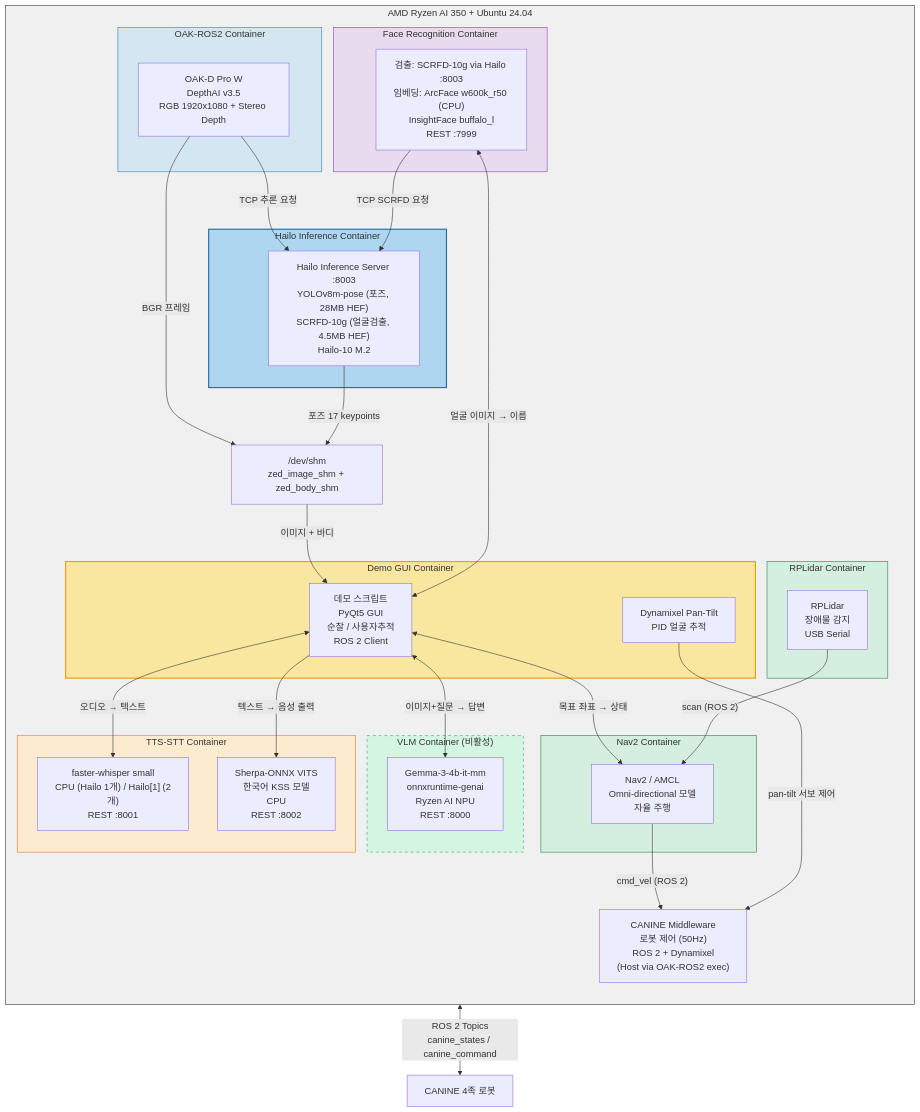
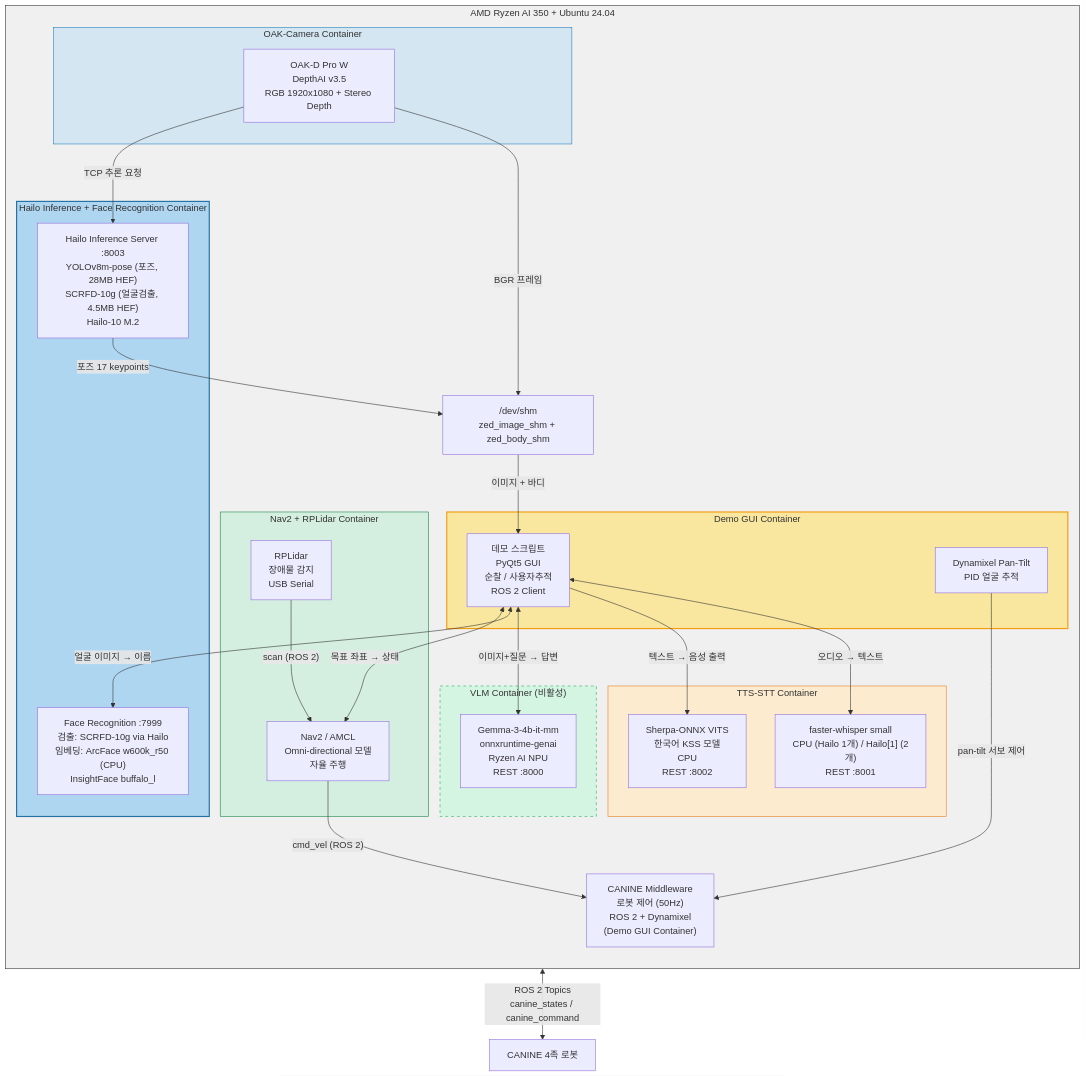
The diagram in README.md (ETRI-OAC/ETRI-OAC-DEMO), drawn with Mermaid before and after one commit. The commit also changed other lines of this file and 355 other files, not shown here.

````diff
--- a/README.md
+++ b/README.md
@@ -5,71 +5,62 @@
 ```mermaid
 graph TB
     subgraph HOST["AMD Ryzen AI 350 + Ubuntu 24.04"]
         direction TB
 
-        subgraph OAK["OAK-ROS2 Container"]
+        subgraph OAK["OAK-Camera Container"]
             CAM["OAK-D Pro W<br/>DepthAI v3.5<br/>RGB 1920x1080 + Stereo Depth"]
         end
 
         subgraph DEMO_C["Demo GUI Container"]
             DEMO["데모 스크립트<br/>PyQt5 GUI<br/>순찰 / 사용자추적<br/>ROS 2 Client"]
             PT["Dynamixel Pan-Tilt<br/>PID 얼굴 추적"]
         end
 
-        subgraph HAILO_C["Hailo Inference Container"]
+        subgraph HAILO_C["Hailo Inference + Face Recognition Container"]
             HAILO_SRV["Hailo Inference Server :8003<br/>YOLOv8m-pose (포즈, 28MB HEF)<br/>SCRFD-10g (얼굴검출, 4.5MB HEF)<br/>Hailo-10 M.2"]
+            FACE["Face Recognition :7999<br/>검출: SCRFD-10g via Hailo<br/>임베딩: ArcFace w600k_r50 (CPU)<br/>InsightFace buffalo_l"]
         end
 
-        subgraph NAV_C["Nav2 Container"]
+        subgraph NAV_C["Nav2 + RPLidar Container"]
             NAV["Nav2 / AMCL<br/>Omni-directional 모델<br/>자율 주행"]
-        end
-
-        subgraph LIDAR_C["RPLidar Container"]
             LIDAR["RPLidar<br/>장애물 감지<br/>USB Serial"]
         end
 
-        MW["CANINE Middleware<br/>로봇 제어 (50Hz)<br/>ROS 2 + Dynamixel<br/>(Host via OAK-ROS2 exec)"]
+        MW["CANINE Middleware<br/>로봇 제어 (50Hz)<br/>ROS 2 + Dynamixel<br/>(Demo GUI Container)"]
 
         subgraph VLM_C["VLM Container (비활성)"]
             VLM["Gemma-3-4b-it-mm<br/>onnxruntime-genai<br/>Ryzen AI NPU<br/>REST :8000"]
         end
 
         subgraph TTS_C["TTS-STT Container"]
             STT["faster-whisper small<br/>CPU (Hailo 1개) / Hailo[1] (2개)<br/>REST :8001"]
             TTS["Sherpa-ONNX VITS<br/>한국어 KSS 모델<br/>CPU<br/>REST :8002"]
         end
 
-        subgraph FACE_C["Face Recognition Container"]
-            FACE["검출: SCRFD-10g via Hailo :8003<br/>임베딩: ArcFace w600k_r50 (CPU)<br/>InsightFace buffalo_l<br/>REST :7999"]
-        end
-
         SHM["/dev/shm<br/>zed_image_shm + zed_body_shm"]
     end
 
     ROBOT["CANINE 4족 로봇"]
 
     CAM -->|"BGR 프레임"| SHM
     HAILO_SRV -->|"포즈 17 keypoints"| SHM
     CAM -->|"TCP 추론 요청"| HAILO_SRV
-    FACE -->|"TCP SCRFD 요청"| HAILO_SRV
     SHM -->|"이미지 + 바디"| DEMO
     DEMO <-->|"오디오 → 텍스트"| STT
     DEMO -->|"텍스트 → 음성 출력"| TTS
     DEMO <-->|"이미지+질문 → 답변"| VLM
     DEMO <-->|"얼굴 이미지 → 이름"| FACE
     DEMO <-->|"목표 좌표 → 상태"| NAV
     MW <-->|"ROS 2 Topics<br/>canine_states / canine_command"| ROBOT
     LIDAR -->|"scan (ROS 2)"| NAV
     NAV -->|"cmd_vel (ROS 2)"| MW
     PT -->|"pan-tilt 서보 제어"| MW
 
     style HOST fill:#f0f0f0,stroke:#333
     style OAK fill:#d4e6f1,stroke:#2980b9
     style HAILO_C fill:#aed6f1,stroke:#2471a3,stroke-width:2px
     style NAV_C fill:#d4efdf,stroke:#1e8449
-    style LIDAR_C fill:#d4efdf,stroke:#1e8449
     style VLM_C fill:#d5f5e3,stroke:#27ae60,stroke-dasharray: 5 5
     style TTS_C fill:#fdebd0,stroke:#e67e22
-    style FACE_C fill:#e8daef,stroke:#8e44ad
     style DEMO_C fill:#f9e79f,stroke:#f39c12,stroke-width:2px
 ```
````
